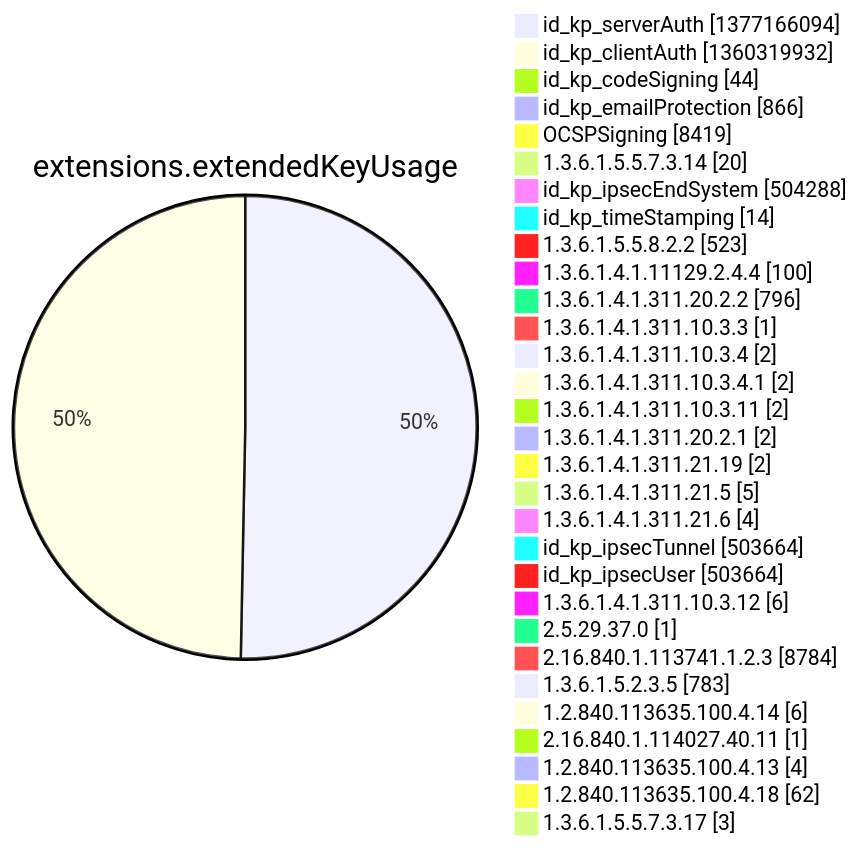
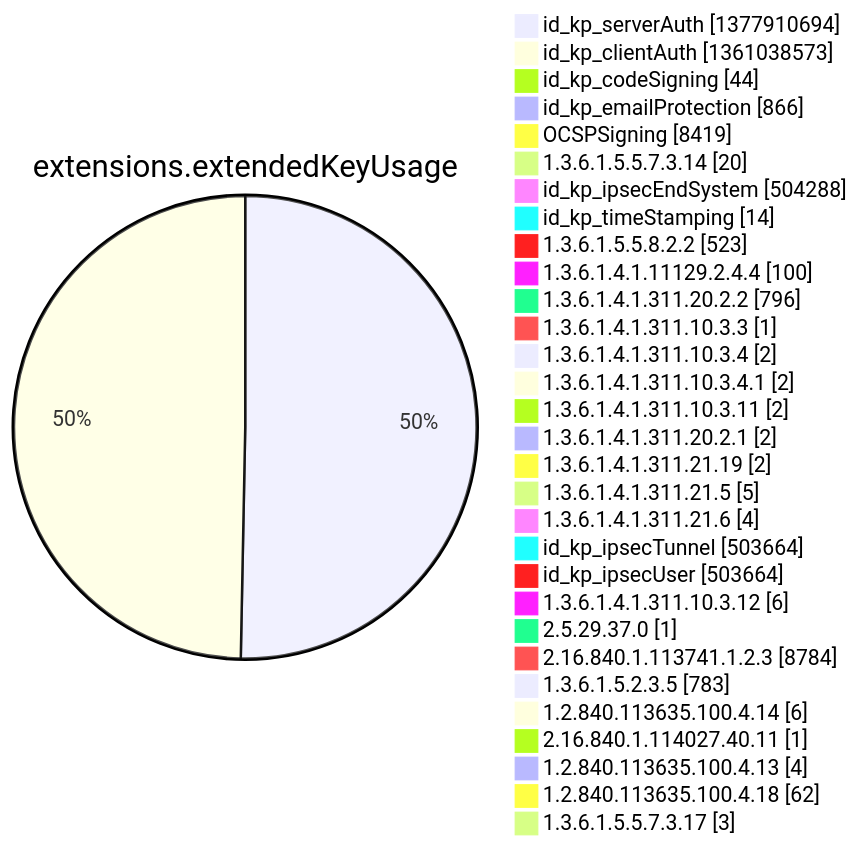
Diagram 12 of 15 in argon2022/README.md (christiankrug/ctmonitor_visualization), drawn with Mermaid before and after one commit. The commit also changed other lines of this file, not shown here.

````diff
--- a/argon2022/README.md
+++ b/argon2022/README.md
@@ -3553,34 +3553,34 @@
 ```mermaid
 pie showData
 title extensions.extendedKeyUsage
-"id_kp_serverAuth" :1377166094
-"id_kp_clientAuth" :1360319932
+"id_kp_serverAuth" :1377910694
+"id_kp_clientAuth" :1361038573
 "id_kp_codeSigning" :44
 "id_kp_emailProtection" :866
 "OCSPSigning" :8419
 "1.3.6.1.5.5.7.3.14" :20
 "id_kp_ipsecEndSystem" :504288
 "id_kp_timeStamping" :14
 "1.3.6.1.5.5.8.2.2" :523
 "1.3.6.1.4.1.11129.2.4.4" :100
 "1.3.6.1.4.1.311.20.2.2" :796
 "1.3.6.1.4.1.311.10.3.3" :1
 "1.3.6.1.4.1.311.10.3.4" :2
 "1.3.6.1.4.1.311.10.3.4.1" :2
 "1.3.6.1.4.1.311.10.3.11" :2
 "1.3.6.1.4.1.311.20.2.1" :2
 "1.3.6.1.4.1.311.21.19" :2
 "1.3.6.1.4.1.311.21.5" :5
 "1.3.6.1.4.1.311.21.6" :4
 "id_kp_ipsecTunnel" :503664
 "id_kp_ipsecUser" :503664
 "1.3.6.1.4.1.311.10.3.12" :6
 "2.5.29.37.0" :1
 "2.16.840.1.113741.1.2.3" :8784
 "1.3.6.1.5.2.3.5" :783
 "1.2.840.113635.100.4.14" :6
 "2.16.840.1.114027.40.11" :1
 "1.2.840.113635.100.4.13" :4
 "1.2.840.113635.100.4.18" :62
 "1.3.6.1.5.5.7.3.17" :3
 ```
````
